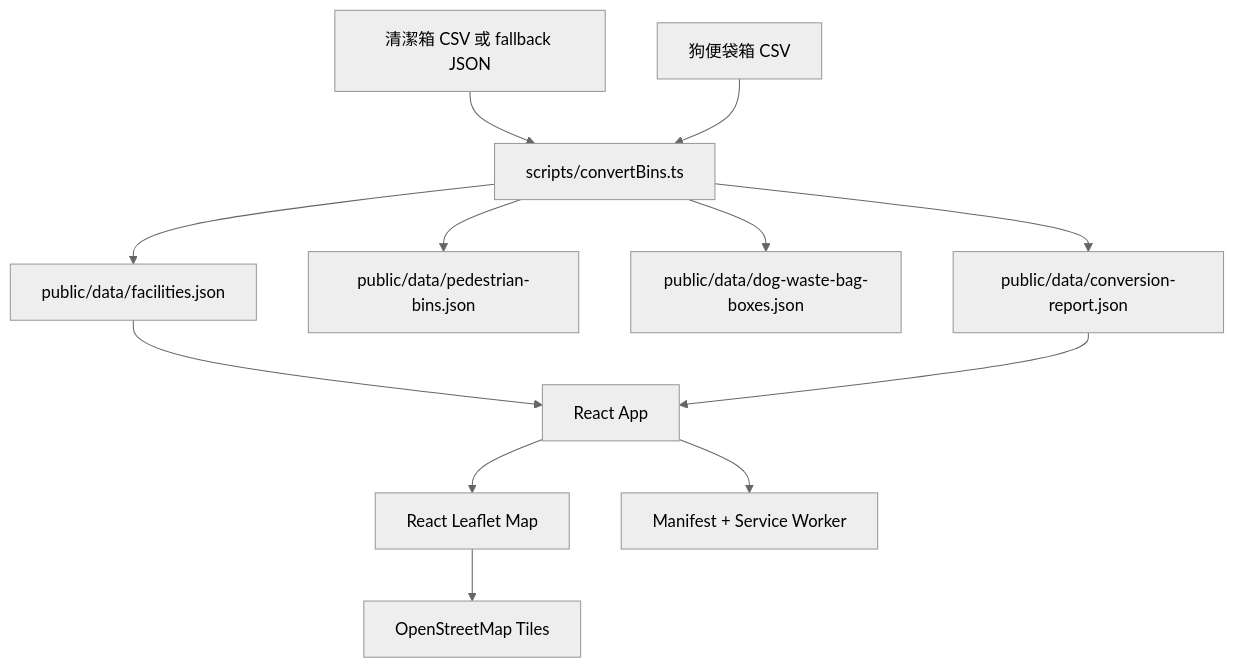
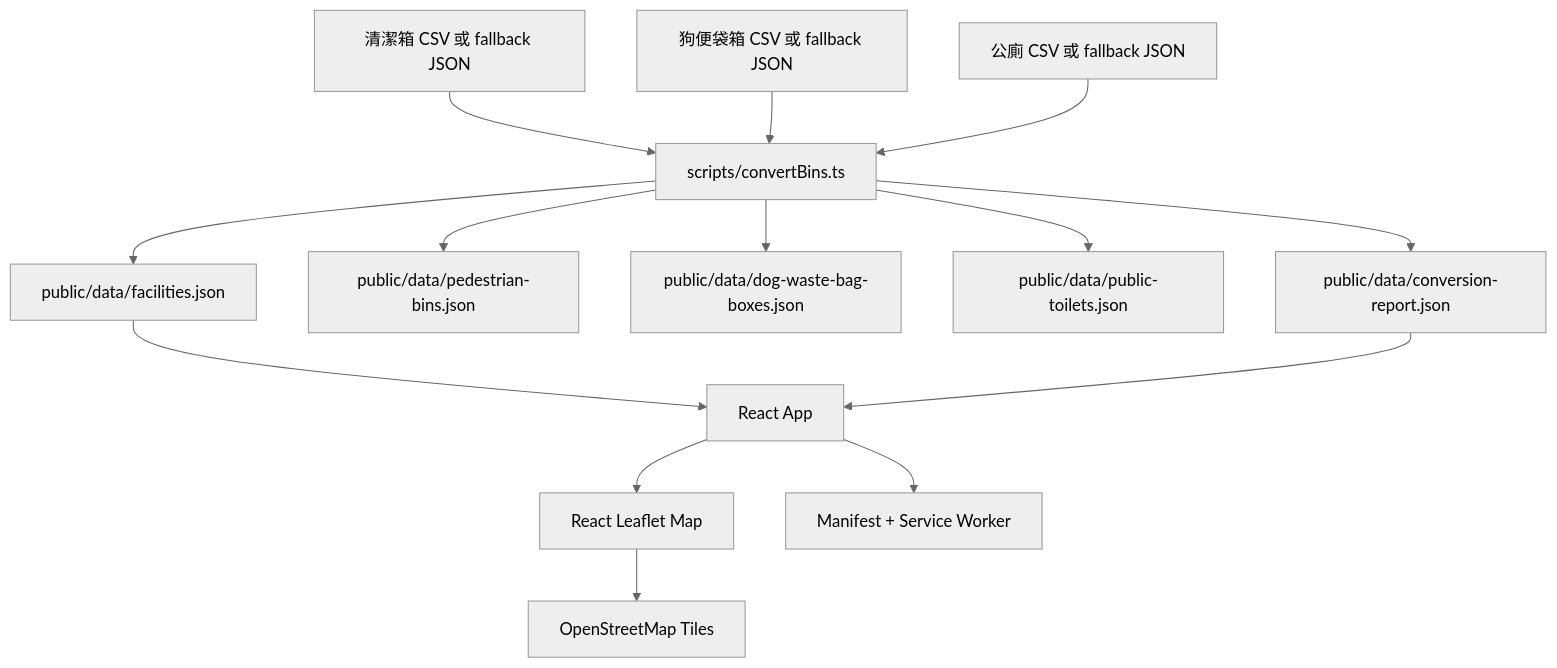
One commit to LEO0331/taipei-bin-map changed the diagram in docs/system-design.zh-Hant.md. Above: the diagram before and after it, drawn with Mermaid (neutral theme). The commit also changed other lines of this file and 29 other files, not shown here.

Commit message:
add public toilet data

````diff
--- a/docs/system-design.zh-Hant.md
+++ b/docs/system-design.zh-Hant.md
@@ -9,14 +9,16 @@
 ```mermaid
 flowchart TD
   BinCSV["清潔箱 CSV 或 fallback JSON"] --> Convert["scripts/convertBins.ts"]
-  DogCSV["狗便袋箱 CSV"] --> Convert
+  DogCSV["狗便袋箱 CSV 或 fallback JSON"] --> Convert
+  ToiletCSV["公廁 CSV 或 fallback JSON"] --> Convert
   Convert --> Facilities["public/data/facilities.json"]
   Convert --> Pedestrian["public/data/pedestrian-bins.json"]
   Convert --> Dog["public/data/dog-waste-bag-boxes.json"]
+  Convert --> Toilets["public/data/public-toilets.json"]
   Convert --> Report["public/data/conversion-report.json"]
   Facilities --> App["React App"]
   Report --> App
   App --> Leaflet["React Leaflet Map"]
   Leaflet --> OSM["OpenStreetMap Tiles"]
   App --> PWA["Manifest + Service Worker"]
 ```
````
